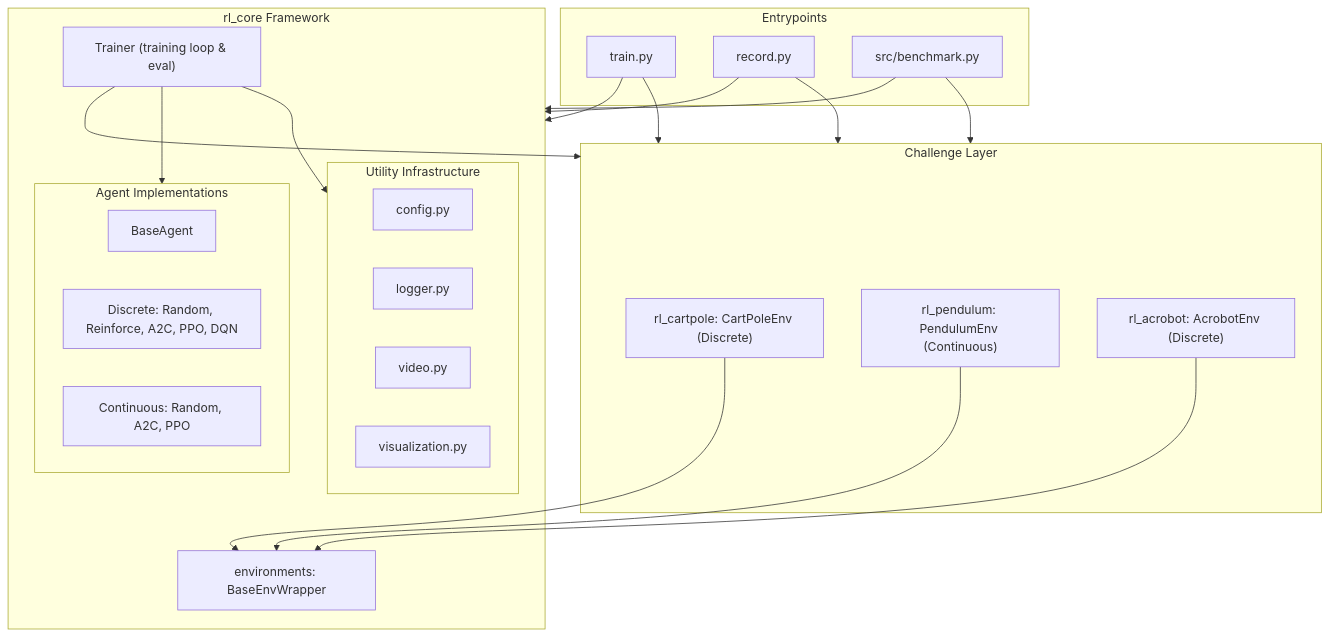
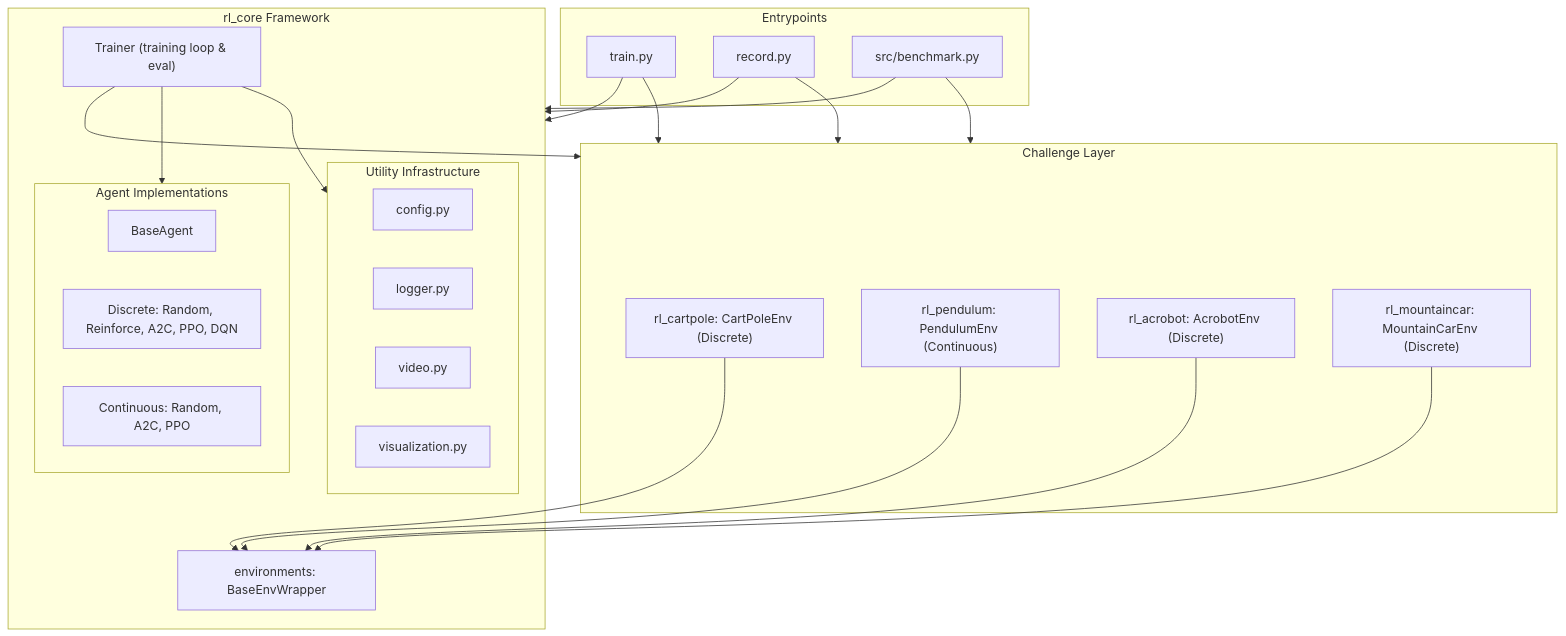
Before and after one commit to andreijw/AI: the first of 3 diagrams in ARCHITECTURE.md, drawn with Mermaid. The commit also changed other lines of this file and 22 other files, not shown here.

Commit message:
feat(challenges): add the MountainCar-v0 challenge with a DQN that learns but does not yet solve

````diff
--- a/ARCHITECTURE.md
+++ b/ARCHITECTURE.md
@@ -85,46 +87,48 @@
 ```mermaid
 flowchart TD
     subgraph CLI ["Entrypoints"]
         Train["train.py"]
         Record["record.py"]
         Bench["src/benchmark.py"]
     end
 
     subgraph Challenges ["Challenge Layer"]
         CartPole["rl_cartpole: CartPoleEnv (Discrete)"]
         Pendulum["rl_pendulum: PendulumEnv (Continuous)"]
         Acrobot["rl_acrobot: AcrobotEnv (Discrete)"]
+        MountainCar["rl_mountaincar: MountainCarEnv (Discrete)"]
     end
 
     subgraph Core ["rl_core Framework"]
         Trainer["Trainer (training loop & eval)"]
         
         subgraph Agents ["Agent Implementations"]
             BaseAgent["BaseAgent"]
             DiscreteAgents["Discrete: Random, Reinforce, A2C, PPO, DQN"]
             ContinuousAgents["Continuous: Random, A2C, PPO"]
         end
 
         EnvBase["environments: BaseEnvWrapper"]
 
         subgraph Utils ["Utility Infrastructure"]
             Config["config.py"]
             Logger["logger.py"]
             Video["video.py"]
             Viz["visualization.py"]
         end
     end
 
     Train --> Core
     Record --> Core
     Bench --> Core
     Train --> Challenges
     Record --> Challenges
     Bench --> Challenges
     Trainer --> Challenges
     Trainer --> Agents
     Trainer --> Utils
     CartPole --> EnvBase
     Pendulum --> EnvBase
     Acrobot --> EnvBase
+    MountainCar --> EnvBase
 ```
````
